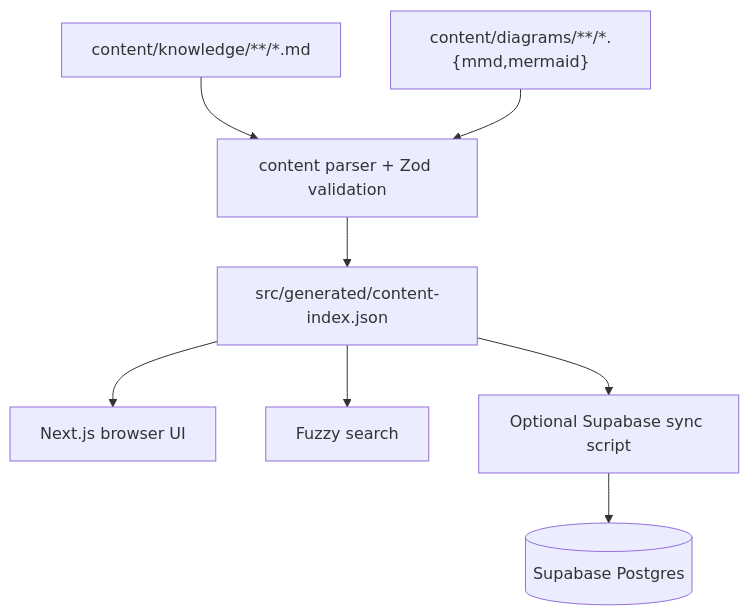
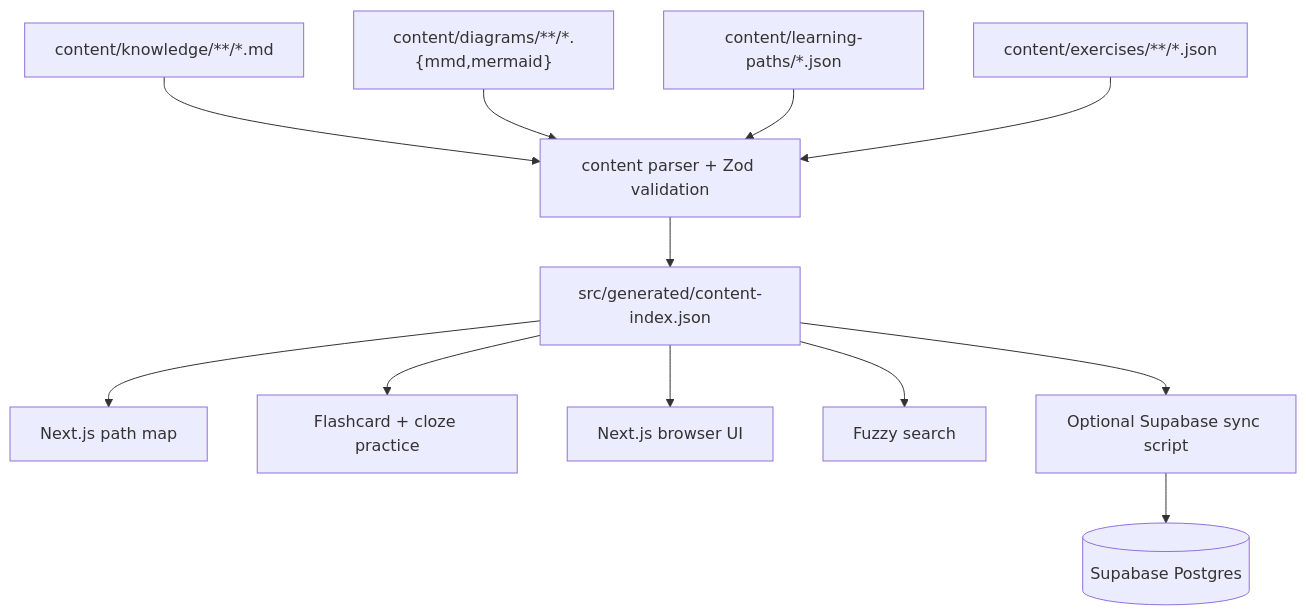
The diagram in docs/engineering-overview.md (dano-gutierrez/codematica), drawn with Mermaid before and after one commit. The commit also changed other lines of this file and 35 other files, not shown here.

Commit message:
Add learning paths and practice MVP

````diff
--- a/docs/engineering-overview.md
+++ b/docs/engineering-overview.md
@@ -21,10 +22,14 @@
 ```mermaid
 flowchart TD
   MD["content/knowledge/**/*.md"] --> Parser["content parser + Zod validation"]
   MMD["content/diagrams/**/*.{mmd,mermaid}"] --> Parser
+  PATHS["content/learning-paths/*.json"] --> Parser
+  EX["content/exercises/**/*.json"] --> Parser
   Parser --> Index["src/generated/content-index.json"]
+  Index --> Paths["Next.js path map"]
+  Index --> Practice["Flashcard + cloze practice"]
   Index --> Browser["Next.js browser UI"]
   Index --> Search["Fuzzy search"]
   Index --> Sync["Optional Supabase sync script"]
   Sync --> DB[("Supabase Postgres")]
 ```
````
